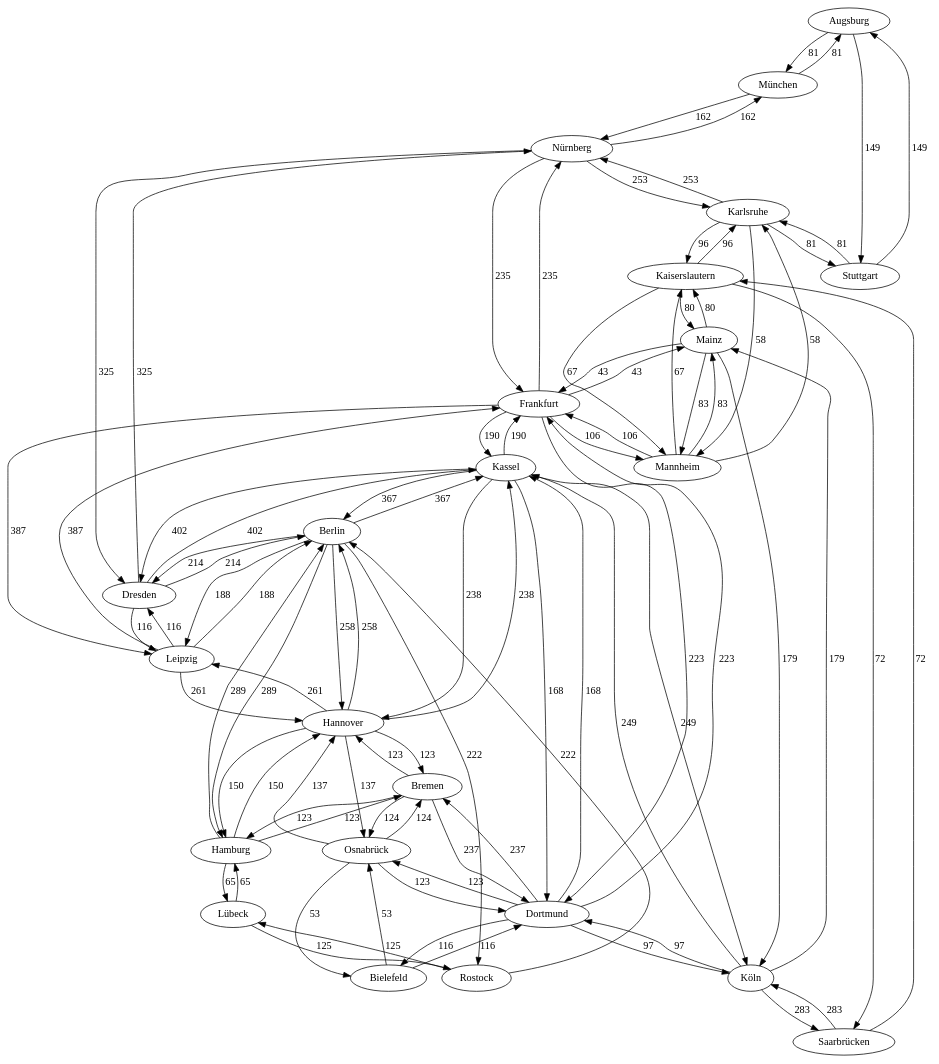
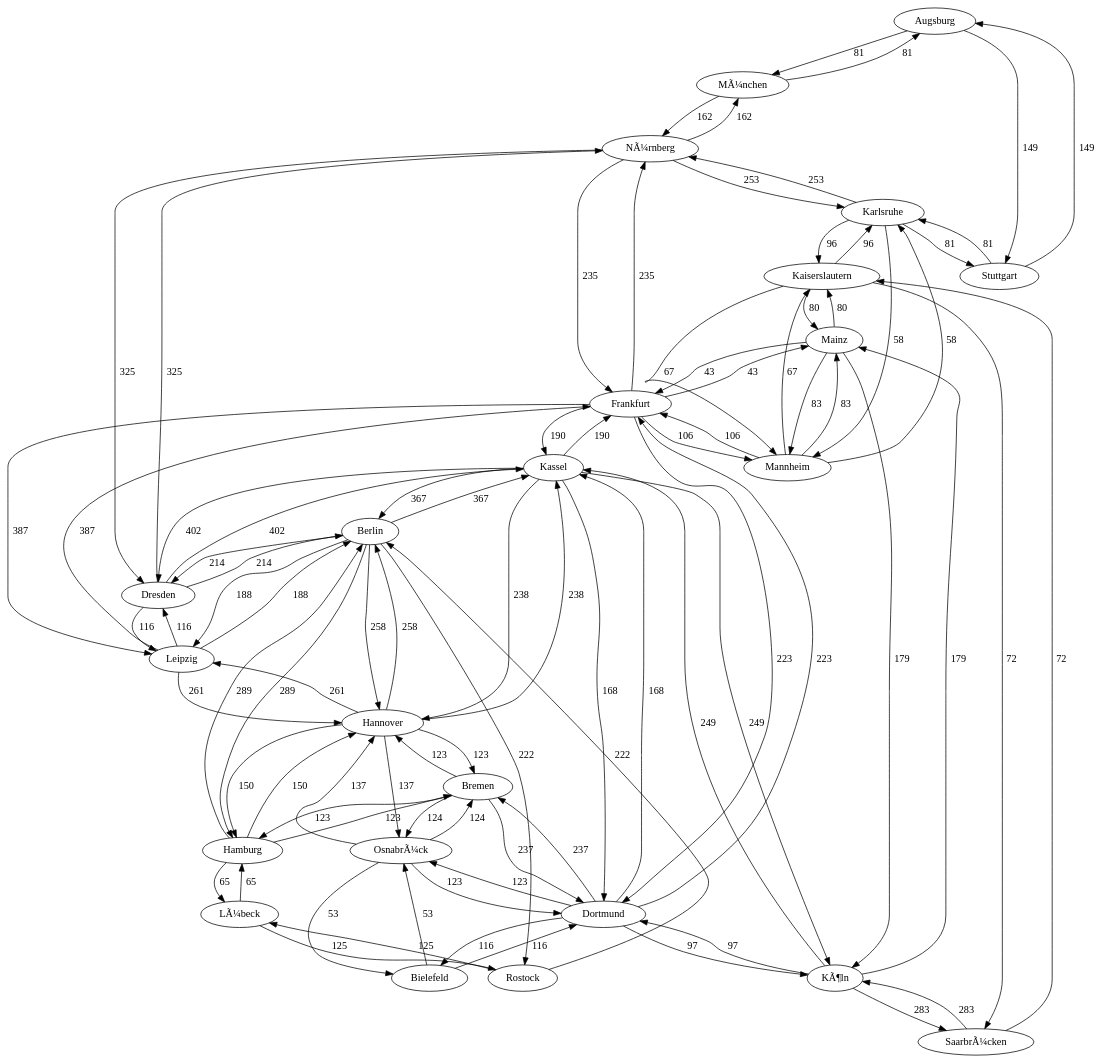
The diagram in io/graph_02.dot (MaxPower9001/B-AI3GKAP), drawn with Graphviz before and after one commit. The commit also changed 15 other files, not shown here.

```diff
--- a/io/graph_02.dot
+++ b/io/graph_02.dot
@@ -1,114 +1,114 @@
 digraph graph_02
 {
 Augsburg
-München
+MÃ¼nchen
 Stuttgart
 Berlin
 Dresden
 Hamburg
 Hannover
 Kassel
 Leipzig
 Rostock
 Bielefeld
 Dortmund
-Osnabrück
+OsnabrÃ¼ck
 Bremen
 Frankfurt
-Köln
-Nürnberg
+KÃ¶ln
+NÃ¼rnberg
 Mainz
 Mannheim
-Lübeck
+LÃ¼beck
 Kaiserslautern
 Karlsruhe
-Saarbrücken
-Augsburg -> München [label="81"]
-Augsburg -> Stuttgart [label="149"]
-München -> Augsburg [label="81"]
-München -> Nürnberg [label="162"]
-Stuttgart -> Augsburg [label="149"]
-Stuttgart -> Karlsruhe [label="81"]
-Berlin -> Dresden [label="214"]
-Berlin -> Hamburg [label="289"]
-Berlin -> Hannover [label="258"]
-Berlin -> Kassel [label="367"]
-Berlin -> Leipzig [label="188"]
-Berlin -> Rostock [label="222"]
-Dresden -> Berlin [label="214"]
-Dresden -> Kassel [label="402"]
-Dresden -> Leipzig [label="116"]
-Dresden -> Nürnberg [label="325"]
-Hamburg -> Berlin [label="289"]
-Hamburg -> Hannover [label="150"]
-Hamburg -> Bremen [label="123"]
-Hamburg -> Lübeck [label="65"]
-Hannover -> Berlin [label="258"]
-Hannover -> Hamburg [label="150"]
-Hannover -> Kassel [label="238"]
-Hannover -> Leipzig [label="261"]
-Hannover -> Osnabrück [label="137"]
-Hannover -> Bremen [label="123"]
-Kassel -> Berlin [label="367"]
-Kassel -> Dresden [label="402"]
-Kassel -> Hannover [label="238"]
-Kassel -> Dortmund [label="168"]
-Kassel -> Frankfurt [label="190"]
-Kassel -> Köln [label="249"]
-Leipzig -> Berlin [label="188"]
-Leipzig -> Dresden [label="116"]
-Leipzig -> Hannover [label="261"]
-Leipzig -> Frankfurt [label="387"]
-Rostock -> Berlin [label="222"]
-Rostock -> Lübeck [label="125"]
-Bielefeld -> Dortmund [label="116"]
-Bielefeld -> Osnabrück [label="53"]
-Dortmund -> Kassel [label="168"]
-Dortmund -> Bielefeld [label="116"]
-Dortmund -> Osnabrück [label="123"]
-Dortmund -> Bremen [label="237"]
-Dortmund -> Frankfurt [label="223"]
-Dortmund -> Köln [label="97"]
-Osnabrück -> Hannover [label="137"]
-Osnabrück -> Bielefeld [label="53"]
-Osnabrück -> Dortmund [label="123"]
-Osnabrück -> Bremen [label="124"]
-Bremen -> Hamburg [label="123"]
-Bremen -> Hannover [label="123"]
-Bremen -> Dortmund [label="237"]
-Bremen -> Osnabrück [label="124"]
-Frankfurt -> Kassel [label="190"]
-Frankfurt -> Leipzig [label="387"]
-Frankfurt -> Dortmund [label="223"]
-Frankfurt -> Nürnberg [label="235"]
-Frankfurt -> Mainz [label="43"]
-Frankfurt -> Mannheim [label="106"]
-Köln -> Kassel [label="249"]
-Köln -> Dortmund [label="97"]
-Köln -> Mainz [label="179"]
-Köln -> Saarbrücken [label="283"]
-Nürnberg -> München [label="162"]
-Nürnberg -> Dresden [label="325"]
-Nürnberg -> Frankfurt [label="235"]
-Nürnberg -> Karlsruhe [label="253"]
-Mainz -> Frankfurt [label="43"]
-Mainz -> Köln [label="179"]
-Mainz -> Mannheim [label="83"]
-Mainz -> Kaiserslautern [label="80"]
-Mannheim -> Frankfurt [label="106"]
-Mannheim -> Mainz [label="83"]
-Mannheim -> Kaiserslautern [label="67"]
-Mannheim -> Karlsruhe [label="58"]
-Lübeck -> Hamburg [label="65"]
-Lübeck -> Rostock [label="125"]
-Kaiserslautern -> Mainz [label="80"]
-Kaiserslautern -> Mannheim [label="67"]
-Kaiserslautern -> Karlsruhe [label="96"]
-Kaiserslautern -> Saarbrücken [label="72"]
-Karlsruhe -> Stuttgart [label="81"]
-Karlsruhe -> Nürnberg [label="253"]
-Karlsruhe -> Mannheim [label="58"]
-Karlsruhe -> Kaiserslautern [label="96"]
-Saarbrücken -> Köln [label="283"]
-Saarbrücken -> Kaiserslautern [label="72"]
+SaarbrÃ¼cken
+Augsburg -> MÃ¼nchen [label=" 81  "]
+Augsburg -> Stuttgart [label=" 149  "]
+MÃ¼nchen -> Augsburg [label=" 81  "]
+MÃ¼nchen -> NÃ¼rnberg [label=" 162  "]
+Stuttgart -> Augsburg [label=" 149  "]
+Stuttgart -> Karlsruhe [label=" 81  "]
+Berlin -> Dresden [label=" 214  "]
+Berlin -> Hamburg [label=" 289  "]
+Berlin -> Hannover [label=" 258  "]
+Berlin -> Kassel [label=" 367  "]
+Berlin -> Leipzig [label=" 188  "]
+Berlin -> Rostock [label=" 222  "]
+Dresden -> Berlin [label=" 214  "]
+Dresden -> Kassel [label=" 402  "]
+Dresden -> Leipzig [label=" 116  "]
+Dresden -> NÃ¼rnberg [label=" 325  "]
+Hamburg -> Berlin [label=" 289  "]
+Hamburg -> Hannover [label=" 150  "]
+Hamburg -> Bremen [label=" 123  "]
+Hamburg -> LÃ¼beck [label=" 65  "]
+Hannover -> Berlin [label=" 258  "]
+Hannover -> Hamburg [label=" 150  "]
+Hannover -> Kassel [label=" 238  "]
+Hannover -> Leipzig [label=" 261  "]
+Hannover -> OsnabrÃ¼ck [label=" 137  "]
+Hannover -> Bremen [label=" 123  "]
+Kassel -> Berlin [label=" 367  "]
+Kassel -> Dresden [label=" 402  "]
+Kassel -> Hannover [label=" 238  "]
+Kassel -> Dortmund [label=" 168  "]
+Kassel -> Frankfurt [label=" 190  "]
+Kassel -> KÃ¶ln [label=" 249  "]
+Leipzig -> Berlin [label=" 188  "]
+Leipzig -> Dresden [label=" 116  "]
+Leipzig -> Hannover [label=" 261  "]
+Leipzig -> Frankfurt [label=" 387  "]
+Rostock -> Berlin [label=" 222  "]
+Rostock -> LÃ¼beck [label=" 125  "]
+Bielefeld -> Dortmund [label=" 116  "]
+Bielefeld -> OsnabrÃ¼ck [label=" 53  "]
+Dortmund -> Kassel [label=" 168  "]
+Dortmund -> Bielefeld [label=" 116  "]
+Dortmund -> OsnabrÃ¼ck [label=" 123  "]
+Dortmund -> Bremen [label=" 237  "]
+Dortmund -> Frankfurt [label=" 223  "]
+Dortmund -> KÃ¶ln [label=" 97  "]
+OsnabrÃ¼ck -> Hannover [label=" 137  "]
+OsnabrÃ¼ck -> Bielefeld [label=" 53  "]
+OsnabrÃ¼ck -> Dortmund [label=" 123  "]
+OsnabrÃ¼ck -> Bremen [label=" 124  "]
+Bremen -> Hamburg [label=" 123  "]
+Bremen -> Hannover [label=" 123  "]
+Bremen -> Dortmund [label=" 237  "]
+Bremen -> OsnabrÃ¼ck [label=" 124  "]
+Frankfurt -> Kassel [label=" 190  "]
+Frankfurt -> Leipzig [label=" 387  "]
+Frankfurt -> Dortmund [label=" 223  "]
+Frankfurt -> NÃ¼rnberg [label=" 235  "]
+Frankfurt -> Mainz [label=" 43  "]
+Frankfurt -> Mannheim [label=" 106  "]
+KÃ¶ln -> Kassel [label=" 249  "]
+KÃ¶ln -> Dortmund [label=" 97  "]
+KÃ¶ln -> Mainz [label=" 179  "]
+KÃ¶ln -> SaarbrÃ¼cken [label=" 283  "]
+NÃ¼rnberg -> MÃ¼nchen [label=" 162  "]
+NÃ¼rnberg -> Dresden [label=" 325  "]
+NÃ¼rnberg -> Frankfurt [label=" 235  "]
+NÃ¼rnberg -> Karlsruhe [label=" 253  "]
+Mainz -> Frankfurt [label=" 43  "]
+Mainz -> KÃ¶ln [label=" 179  "]
+Mainz -> Mannheim [label=" 83  "]
+Mainz -> Kaiserslautern [label=" 80  "]
+Mannheim -> Frankfurt [label=" 106  "]
+Mannheim -> Mainz [label=" 83  "]
+Mannheim -> Kaiserslautern [label=" 67  "]
+Mannheim -> Karlsruhe [label=" 58  "]
+LÃ¼beck -> Hamburg [label=" 65  "]
+LÃ¼beck -> Rostock [label=" 125  "]
+Kaiserslautern -> Mainz [label=" 80  "]
+Kaiserslautern -> Mannheim [label=" 67  "]
+Kaiserslautern -> Karlsruhe [label=" 96  "]
+Kaiserslautern -> SaarbrÃ¼cken [label=" 72  "]
+Karlsruhe -> Stuttgart [label=" 81  "]
+Karlsruhe -> NÃ¼rnberg [label=" 253  "]
+Karlsruhe -> Mannheim [label=" 58  "]
+Karlsruhe -> Kaiserslautern [label=" 96  "]
+SaarbrÃ¼cken -> KÃ¶ln [label=" 283  "]
+SaarbrÃ¼cken -> Kaiserslautern [label=" 72  "]
 }
```
